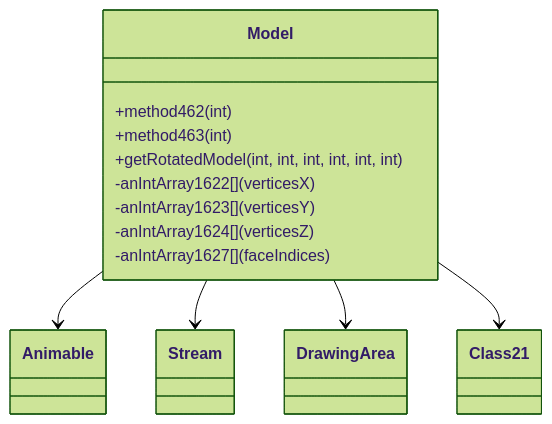
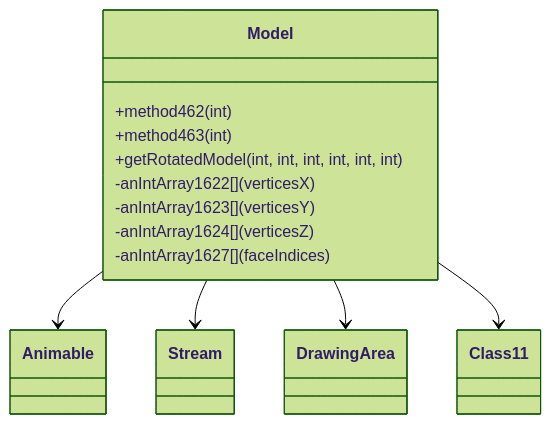
Before and after one commit to daxxog/solmud: the diagram in bytecode/mapping/evidence/verified/Model_ZKARKDQW.md, drawn with Mermaid (forest theme). The commit also changed 39 other files, not shown here.

````diff
--- a/bytecode/mapping/evidence/verified/Model_ZKARKDQW.md
+++ b/bytecode/mapping/evidence/verified/Model_ZKARKDQW.md
@@ -16,14 +16,14 @@
 ```mermaid
 classDiagram
     Model --> Animable
     Model --> Stream
     Model --> DrawingArea
-    Model --> Class21
+    Model --> Class11
     Model : +method462(int)
     Model : +method463(int)
     Model : +getRotatedModel(int, int, int, int, int, int)
     Model : -anIntArray1622[] (verticesX)
     Model : -anIntArray1623[] (verticesY)
     Model : -anIntArray1624[] (verticesZ)
     Model : -anIntArray1627[] (faceIndices)
 ```
````
